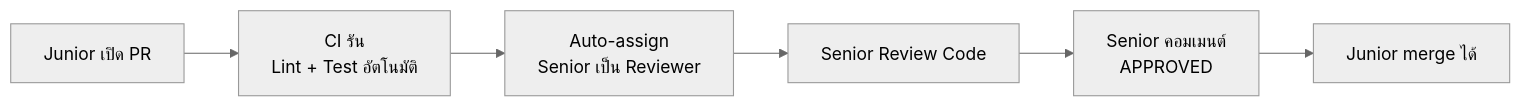
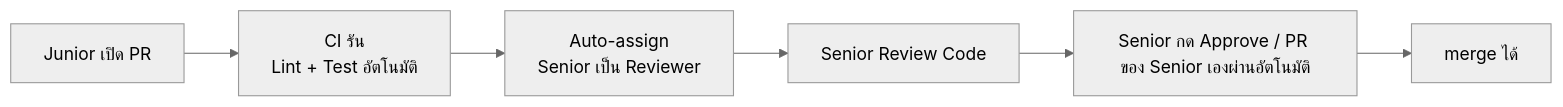
Before and after one commit to Siam-GS-Battery/SOP-SDLC-PLAN: the diagram in documentation/07_GIT_WORKFLOW/7.5_GitHub_Actions_CI_Template.md, drawn with Mermaid (neutral theme). The commit also changed other lines of this file and 15 other files, not shown here.

````diff
--- a/documentation/07_GIT_WORKFLOW/7.5_GitHub_Actions_CI_Template.md
+++ b/documentation/07_GIT_WORKFLOW/7.5_GitHub_Actions_CI_Template.md
@@ -9,8 +9,8 @@
 ```mermaid
 flowchart LR
     A[Junior เปิด PR] --> B[CI รัน\nLint + Test อัตโนมัติ]
     B --> C[Auto-assign\nSenior เป็น Reviewer]
     C --> D[Senior Review Code]
-    D --> E[Senior คอมเมนต์\nAPPROVED]
-    E --> F[Junior merge ได้]
+    D --> E[Senior กด Approve / PR ของ Senior เองผ่านอัตโนมัติ]
+    E --> F[merge ได้]
 ```
````
